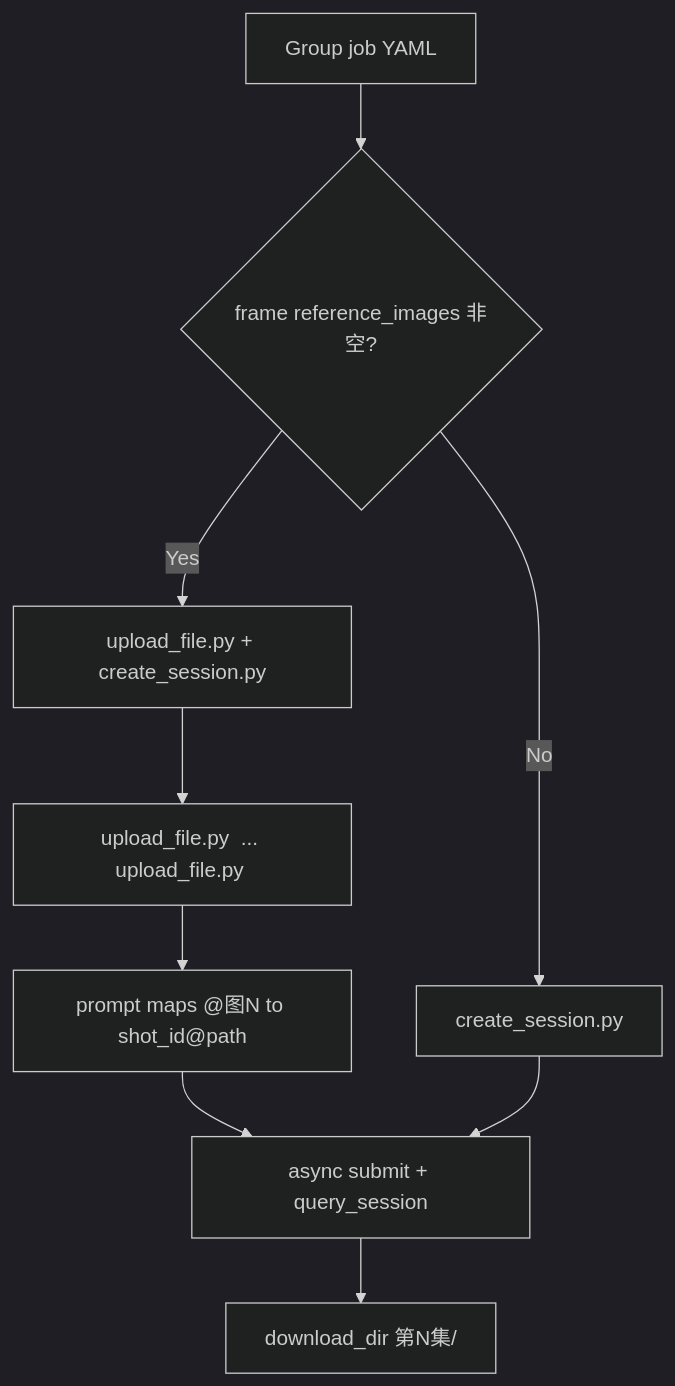
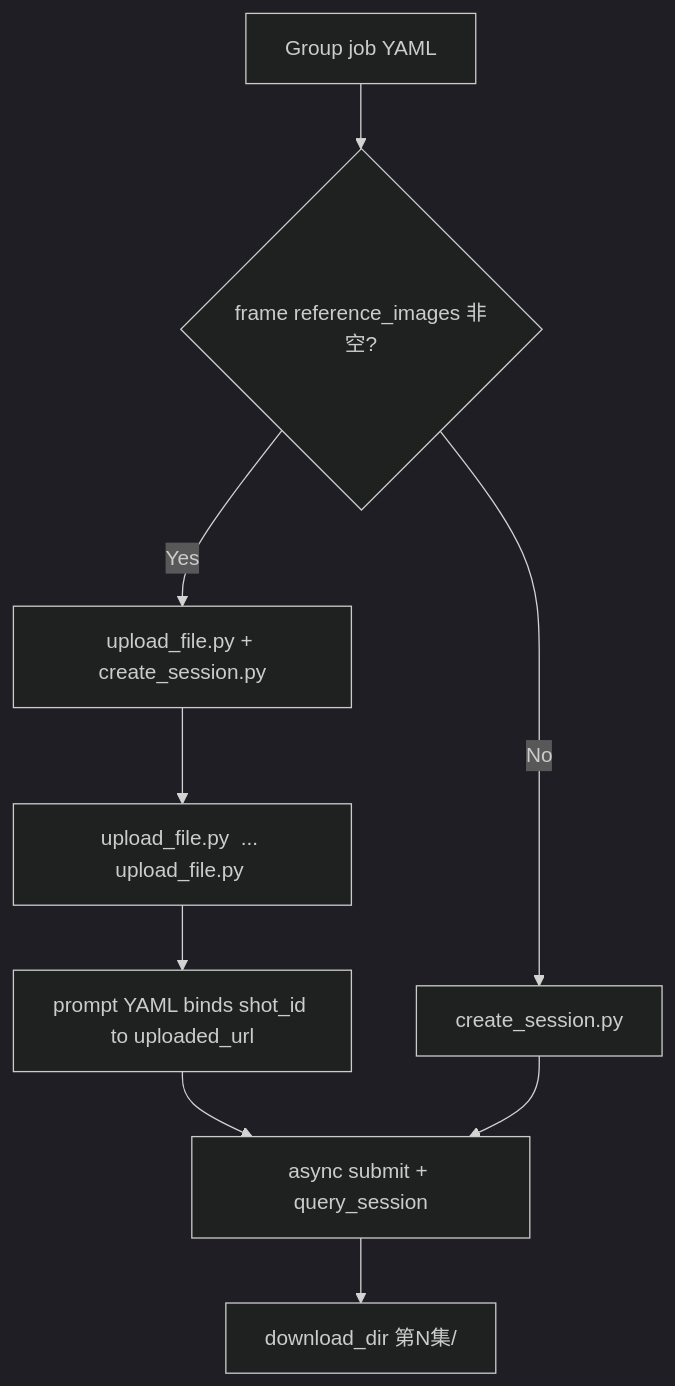
One commit to ZEN-VOID/AI-CUT changed the second of 3 diagrams in .agents/skills/aigc/7-视频/A-分镜画面参照/SKILL.md. Above: the diagram before and after it, drawn with Mermaid (dark theme). The commit also changed other lines of this file and 129 other files, not shown here.

````diff
--- a/.agents/skills/aigc/7-视频/A-分镜画面参照/SKILL.md
+++ b/.agents/skills/aigc/7-视频/A-分镜画面参照/SKILL.md
@@ -146,11 +147,11 @@
 ```mermaid
 flowchart TD
     A["Group job YAML"] --> B{"frame reference_images 非空?"}
     B -->|"Yes"| C["upload_file.py + create_session.py"]
     C --> D["upload_file.py <shot_1_path> ... upload_file.py <shot_n_path>"]
-    D --> E["prompt maps @图N to shot_id@path"]
+    D --> E["prompt YAML binds shot_id to uploaded_url"]
     B -->|"No"| F["create_session.py"]
     E --> G["async submit + query_session"]
     F --> G
     G --> H["download_dir 第N集/"]
 ```
````
